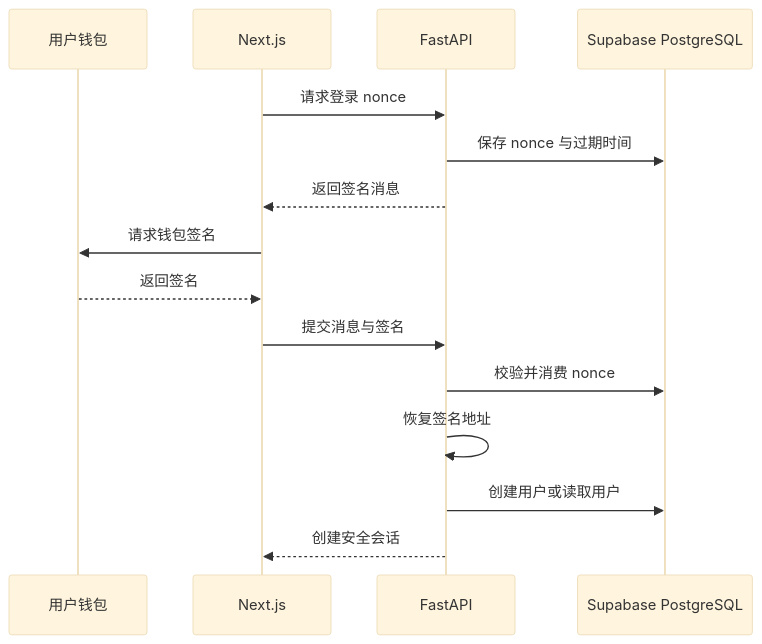
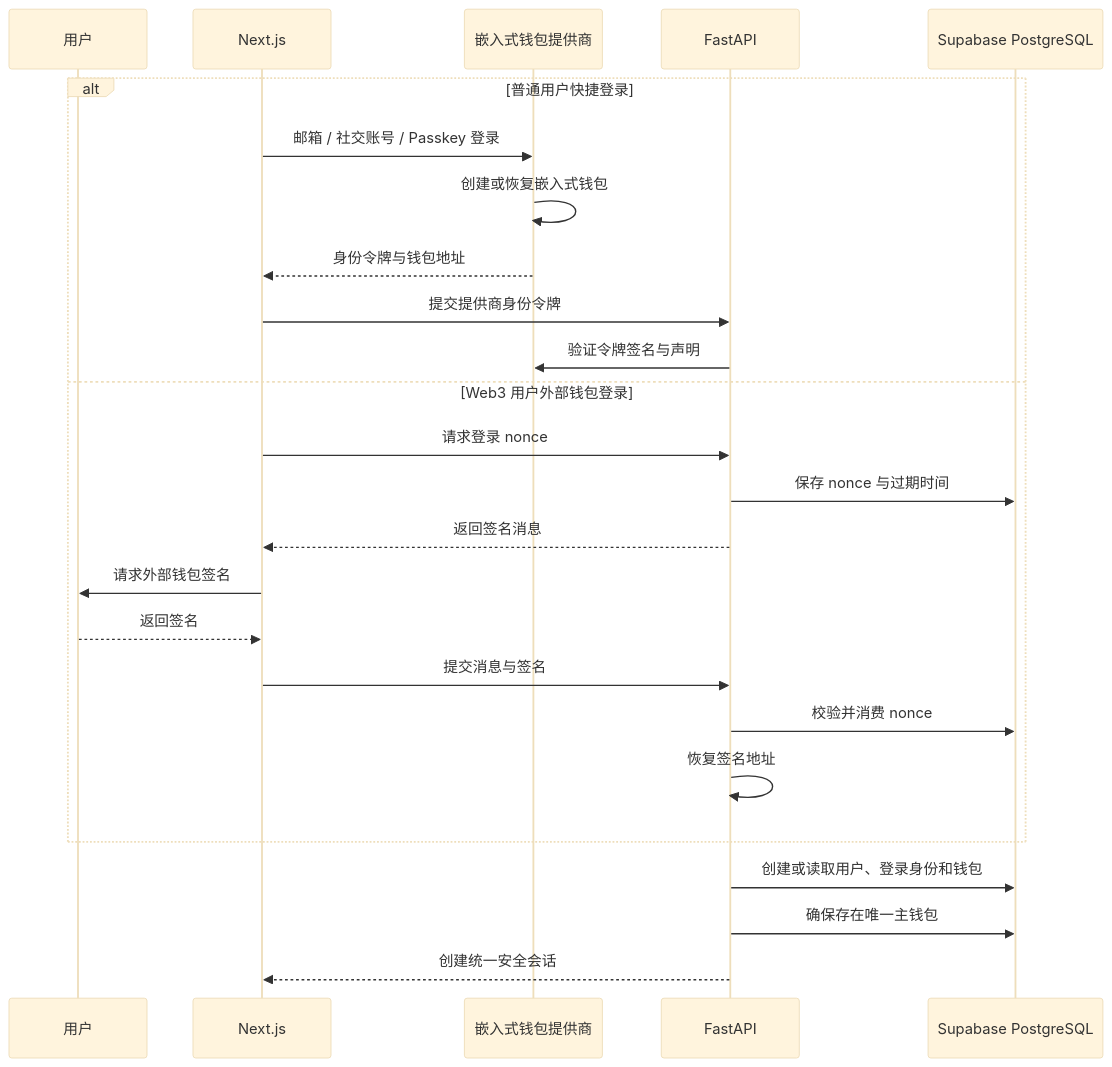
One commit to ouminghai/Fanora changed the fifth of 9 diagrams in docs/ARCHITECTURE.md. Above: the diagram before and after it, drawn with Mermaid (base theme). The commit also changed other lines of this file and 3 other files, not shown here.

````diff
--- a/docs/ARCHITECTURE.md
+++ b/docs/ARCHITECTURE.md
@@ -289,18 +340,29 @@
 ```mermaid
 sequenceDiagram
-    participant U as 用户钱包
+    participant U as 用户
     participant F as Next.js
+    participant P as 嵌入式钱包提供商
     participant B as FastAPI
     participant D as Supabase PostgreSQL
 
-    F->>B: 请求登录 nonce
-    B->>D: 保存 nonce 与过期时间
-    B-->>F: 返回签名消息
-    F->>U: 请求钱包签名
-    U-->>F: 返回签名
-    F->>B: 提交消息与签名
-    B->>D: 校验并消费 nonce
-    B->>B: 恢复签名地址
-    B->>D: 创建用户或读取用户
-    B-->>F: 创建安全会话
+    alt 普通用户快捷登录
+        F->>P: 邮箱 / 社交账号 / Passkey 登录
+        P->>P: 创建或恢复嵌入式钱包
+        P-->>F: 身份令牌与钱包地址
+        F->>B: 提交提供商身份令牌
+        B->>P: 验证令牌签名与声明
+    else Web3 用户外部钱包登录
+        F->>B: 请求登录 nonce
+        B->>D: 保存 nonce 与过期时间
+        B-->>F: 返回签名消息
+        F->>U: 请求外部钱包签名
+        U-->>F: 返回签名
+        F->>B: 提交消息与签名
+        B->>D: 校验并消费 nonce
+        B->>B: 恢复签名地址
+    end
+
+    B->>D: 创建或读取用户、登录身份和钱包
+    B->>D: 确保存在唯一主钱包
+    B-->>F: 创建统一安全会话
 ```
````
